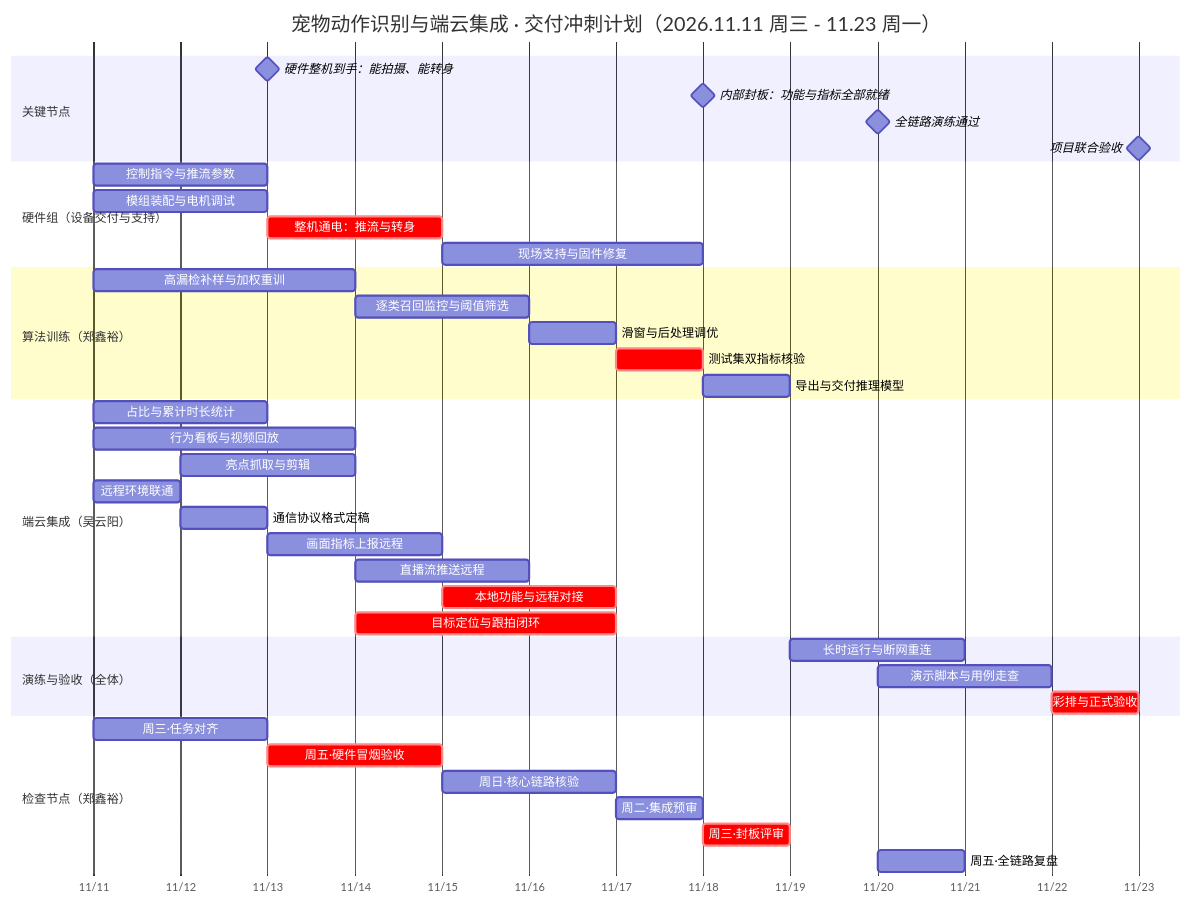
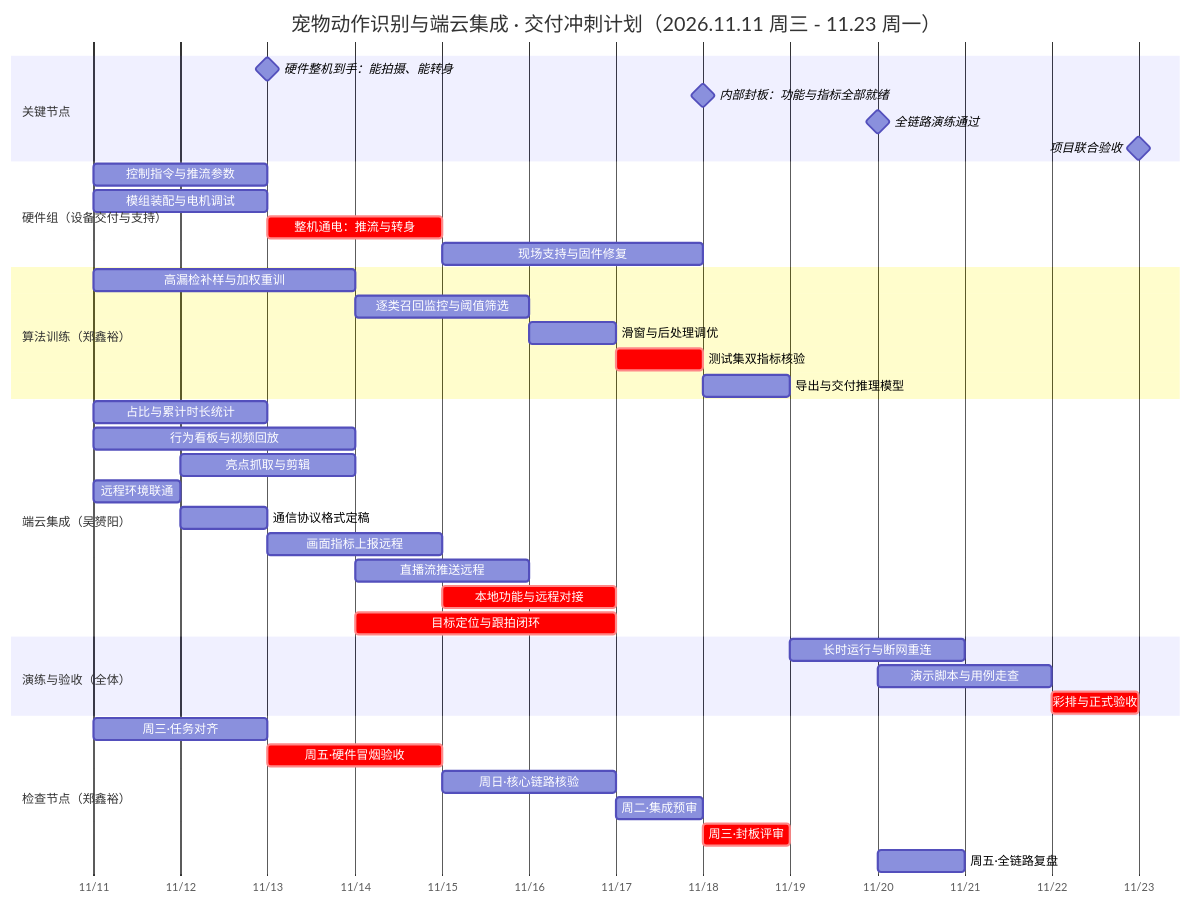
Before and after one commit to gongshangzheng/pet-action-recognition: the diagram in management/docs/_assets/gantt_202611.mmd, drawn with Mermaid. The commit also changed 3 other files, not shown here.

```diff
--- a/management/docs/_assets/gantt_202611.mmd
+++ b/management/docs/_assets/gantt_202611.mmd
@@ -1,48 +1,48 @@
 gantt
     title 宠物动作识别与端云集成 · 交付冲刺计划（2026.11.11 周三 - 11.23 周一）
     dateFormat YYYY-MM-DD
     axisFormat %m/%d
     todayMarker off
 
     section 关键节点
     硬件整机到手：能拍摄、能转身       :milestone, m1, 2026-11-13, 2026-11-13
     内部封板：功能与指标全部就绪       :milestone, m2, 2026-11-18, 2026-11-18
     全链路演练通过                     :milestone, m3, 2026-11-20, 2026-11-20
     项目联合验收                       :milestone, m4, 2026-11-23, 2026-11-23
 
     section 硬件组（设备交付与支持）
     控制指令与推流参数                 :h1, 2026-11-11, 2026-11-13
     模组装配与电机调试                 :h2, 2026-11-11, 2026-11-13
     整机通电：推流与转身               :crit, h3, 2026-11-13, 2026-11-15
     现场支持与固件修复                 :h4, 2026-11-15, 2026-11-18
 
     section 算法训练（郑鑫裕）
     高漏检补样与加权重训               :t1, 2026-11-11, 2026-11-14
     逐类召回监控与阈值筛选             :t2, 2026-11-14, 2026-11-16
     滑窗与后处理调优                   :t3, 2026-11-16, 2026-11-17
     测试集双指标核验                   :crit, t4, 2026-11-17, 2026-11-18
     导出与交付推理模型                 :t5, 2026-11-18, 2026-11-19
 
-    section 端云集成（吴云阳）
+    section 端云集成（吴赟阳）
     占比与累计时长统计                 :w1, 2026-11-11, 2026-11-13
     行为看板与视频回放                 :w2, 2026-11-11, 2026-11-14
     亮点抓取与剪辑                     :w3, 2026-11-12, 2026-11-14
     远程环境联通                       :w4, 2026-11-11, 2026-11-12
     通信协议格式定稿                   :w5, 2026-11-12, 2026-11-13
     画面指标上报远程                   :w6, 2026-11-13, 2026-11-15
     直播流推送远程                     :w7, 2026-11-14, 2026-11-16
     本地功能与远程对接                 :crit, w8, 2026-11-15, 2026-11-17
     目标定位与跟拍闭环                 :crit, w9, 2026-11-14, 2026-11-17
 
     section 演练与验收（全体）
     长时运行与断网重连                 :j1, 2026-11-19, 2026-11-21
     演示脚本与用例走查                 :j2, 2026-11-20, 2026-11-22
     彩排与正式验收                     :crit, j3, 2026-11-22, 2026-11-23
 
     section 检查节点（郑鑫裕）
     周三·任务对齐                     :s1, 2026-11-11, 2026-11-13
     周五·硬件冒烟验收                 :crit, s2, 2026-11-13, 2026-11-15
     周日·核心链路核验                 :s3, 2026-11-15, 2026-11-17
     周二·集成预审                     :s4, 2026-11-17, 2026-11-18
     周三·封板评审                     :crit, s5, 2026-11-18, 2026-11-19
     周五·全链路复盘                   :s6, 2026-11-20, 2026-11-21
```
